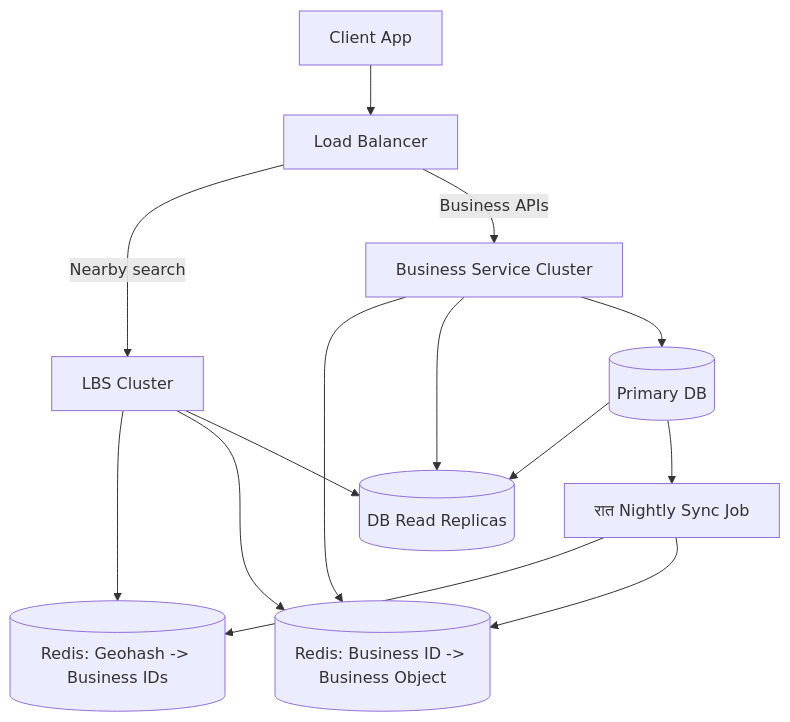
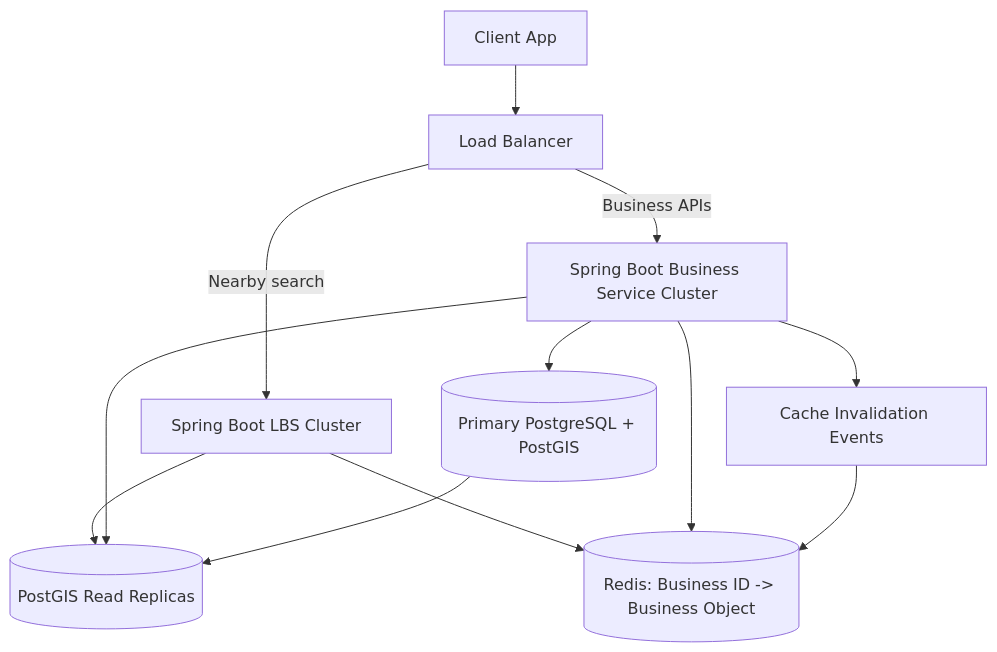
Before and after one commit to mthaiseer/springcloud-systemdesign-notes: diagram 17 of 17 in HLD_NOTES/004_INTERVIEW_PROBLEMS/013_proximity_service_visual_notes.md, drawn with Mermaid. The commit also changed other lines of this file and 1 other file, not shown here.

````diff
--- a/HLD_NOTES/004_INTERVIEW_PROBLEMS/013_proximity_service_visual_notes.md
+++ b/HLD_NOTES/004_INTERVIEW_PROBLEMS/013_proximity_service_visual_notes.md
@@ -770,20 +865,18 @@
 ```mermaid
 flowchart TB
     Client[Client App] --> LB[Load Balancer]
 
-    LB -->|Nearby search| LBS[LBS Cluster]
-    LB -->|Business APIs| BS[Business Service Cluster]
+    LB -->|Nearby search| LBS[Spring Boot LBS Cluster]
+    LB -->|Business APIs| BS[Spring Boot Business Service Cluster]
 
-    LBS --> GeoRedis[(Redis: Geohash -> Business IDs)]
+    LBS --> PGRead[(PostGIS Read Replicas)]
     LBS --> BizRedis[(Redis: Business ID -> Business Object)]
-    LBS --> DBReplica[(DB Read Replicas)]
 
     BS --> BizRedis
-    BS --> DBReplica
-    BS --> Primary[(Primary DB)]
+    BS --> PGRead
+    BS --> Primary[(Primary PostgreSQL + PostGIS)]
 
-    Primary --> DBReplica
-    Primary --> Nightly[ रात Nightly Sync Job]
-    Nightly --> GeoRedis
-    Nightly --> BizRedis
+    Primary --> PGRead
+    BS --> Events[Cache Invalidation Events]
+    Events --> BizRedis
 ```
````
